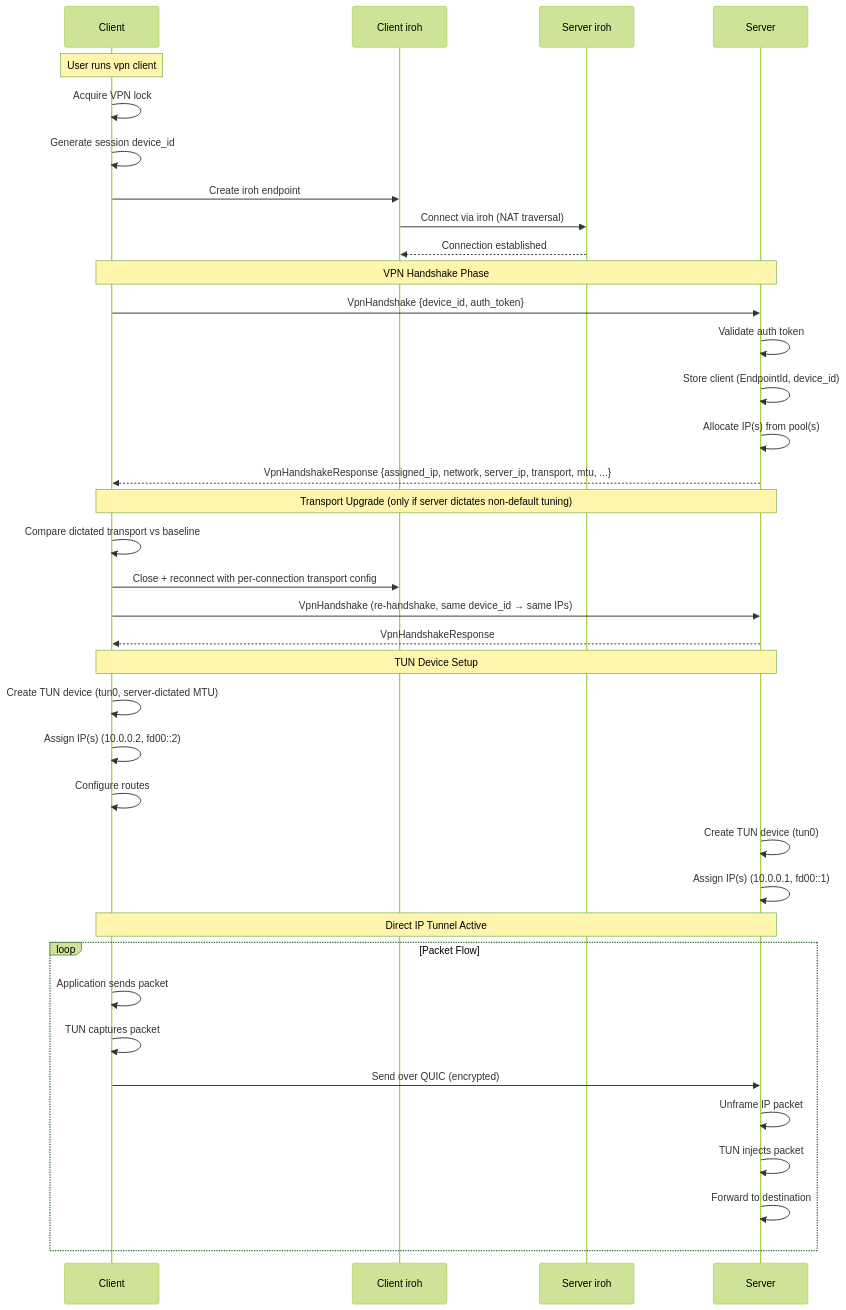
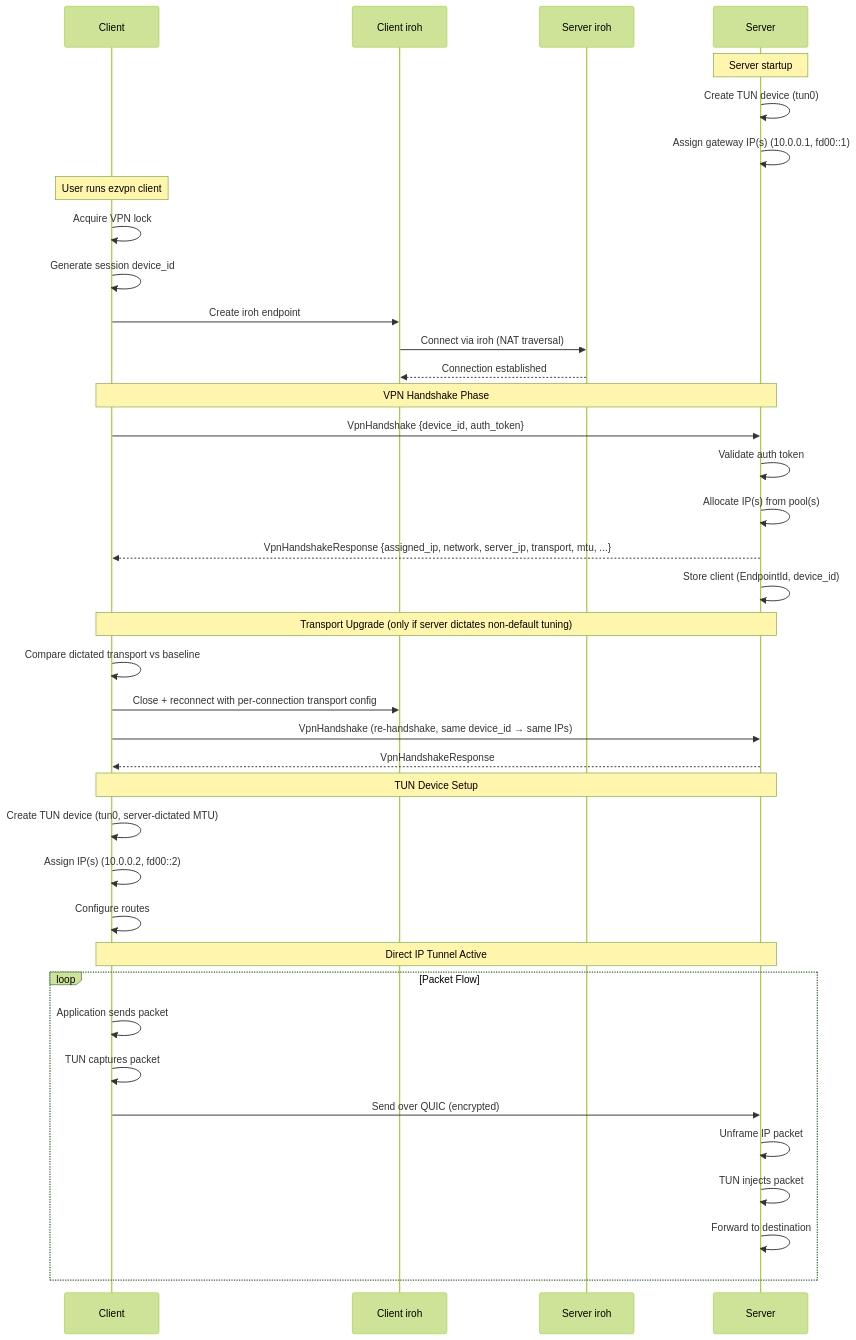
One commit to andrewtheguy/ezvpn changed the third of 6 diagrams in docs/ARCHITECTURE.md. Above: the diagram before and after it, drawn with Mermaid (forest theme). The commit also changed other lines of this file and 4 other files, not shown here.

````diff
--- a/docs/ARCHITECTURE.md
+++ b/docs/ARCHITECTURE.md
@@ -75,45 +75,47 @@
 ```mermaid
 sequenceDiagram
     participant C as Client
     participant CI as Client iroh
     participant SI as Server iroh
     participant S as Server
 
-    Note over C: User runs vpn client
+    Note over S: Server startup
+    S->>S: Create TUN device (tun0)
+    S->>S: Assign gateway IP(s) (10.0.0.1, fd00::1)
+
+    Note over C: User runs ezvpn client
     C->>C: Acquire VPN lock
     C->>C: Generate session device_id
     C->>CI: Create iroh endpoint
 
     CI->>SI: Connect via iroh (NAT traversal)
     SI-->>CI: Connection established
 
     Note over C,S: VPN Handshake Phase
     C->>S: VpnHandshake {device_id, auth_token}
     S->>S: Validate auth token
-    S->>S: Store client (EndpointId, device_id)
     S->>S: Allocate IP(s) from pool(s)
     S-->>C: VpnHandshakeResponse {assigned_ip, network, server_ip, transport, mtu, ...}
+    S->>S: Store client (EndpointId, device_id)
 
     Note over C,S: Transport Upgrade (only if server dictates non-default tuning)
     C->>C: Compare dictated transport vs baseline
     C->>CI: Close + reconnect with per-connection transport config
     C->>S: VpnHandshake (re-handshake, same device_id → same IPs)
     S-->>C: VpnHandshakeResponse
 
     Note over C,S: TUN Device Setup
     C->>C: Create TUN device (tun0, server-dictated MTU)
     C->>C: Assign IP(s) (10.0.0.2, fd00::2)
     C->>C: Configure routes
-    S->>S: Create TUN device (tun0)
-    S->>S: Assign IP(s) (10.0.0.1, fd00::1)
 
     Note over C,S: Direct IP Tunnel Active
     loop Packet Flow
         C->>C: Application sends packet
         C->>C: TUN captures packet
         C->>S: Send over QUIC (encrypted)
         S->>S: Unframe IP packet
         S->>S: TUN injects packet
         S->>S: Forward to destination
     end
 ```
````
